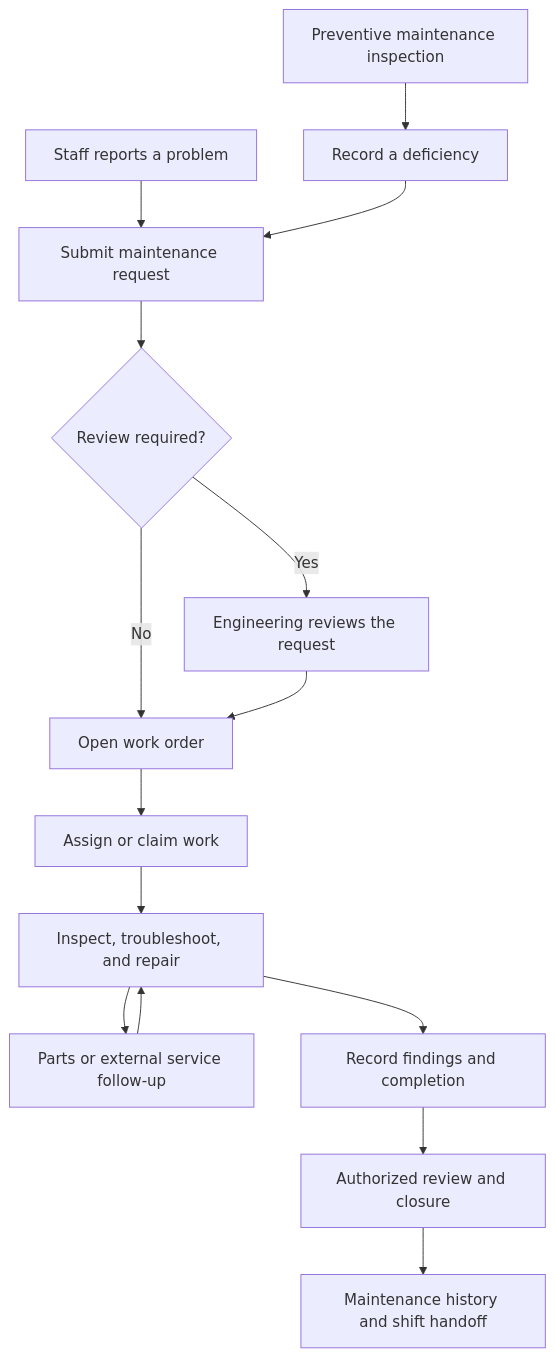
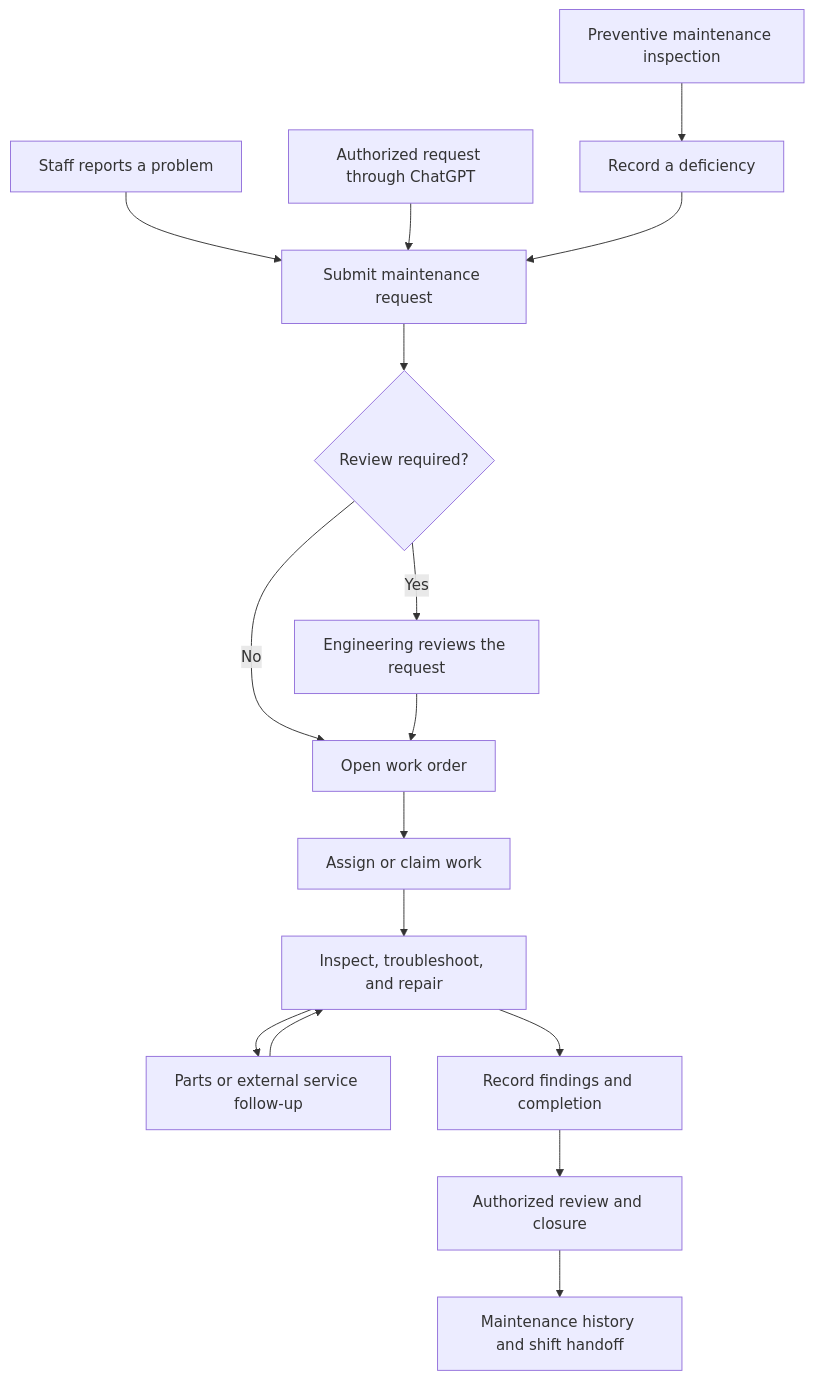
The diagram in README.md (pickeringscott/CMPRI-Engineering-Overview), drawn with Mermaid before and after one commit. The commit also changed other lines of this file, not shown here.

````diff
--- a/README.md
+++ b/README.md
@@ -33,17 +38,18 @@
 ```mermaid
 flowchart TD
     A[Staff reports a problem] --> B[Submit maintenance request]
+    L[Authorized request through ChatGPT] --> B
     P[Preventive maintenance inspection] --> Q[Record a deficiency]
     Q --> B
     B --> C{Review required?}
     C -->|Yes| D[Engineering reviews the request]
     C -->|No| E[Open work order]
     D --> E
     E --> F[Assign or claim work]
     F --> G[Inspect, troubleshoot, and repair]
     G --> H[Parts or external service follow-up]
     H --> G
     G --> I[Record findings and completion]
     I --> J[Authorized review and closure]
     J --> K[Maintenance history and shift handoff]
 ```
````
